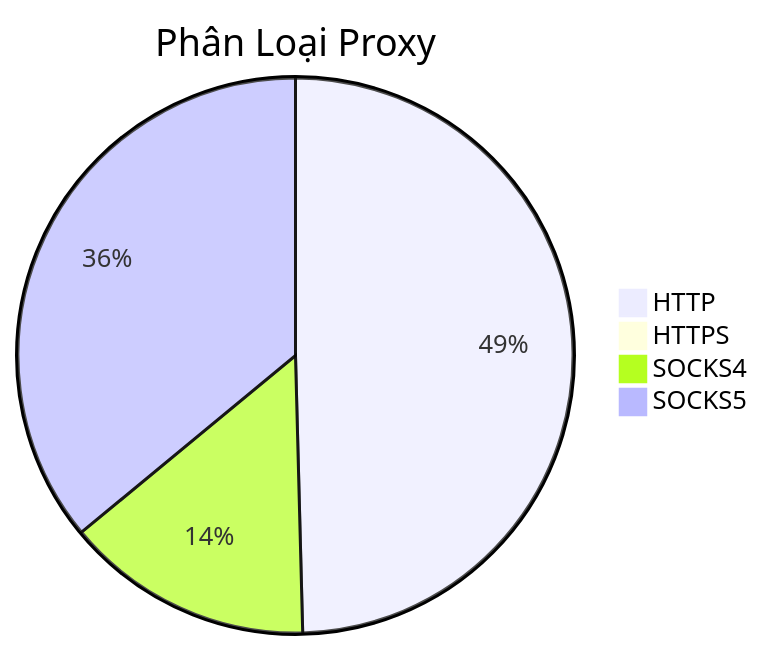
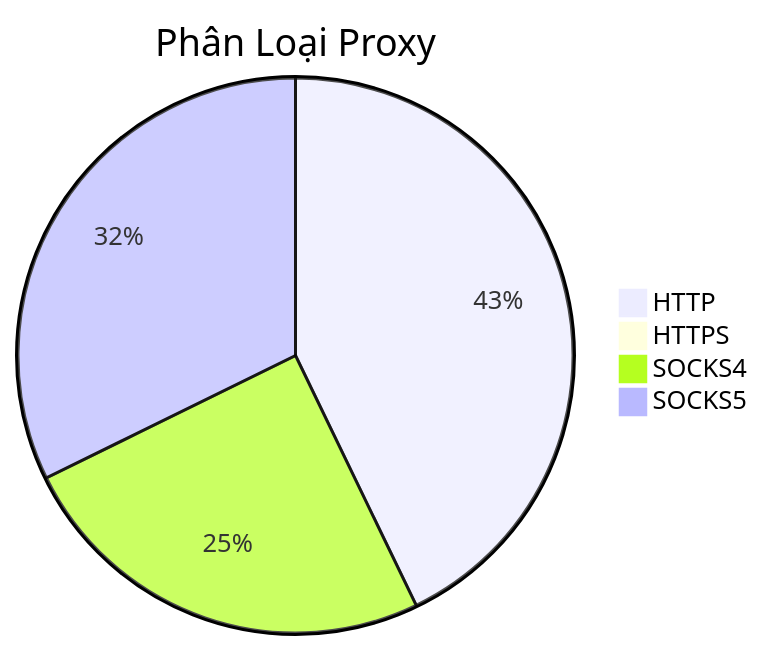
Before and after one commit to Ciara-Aa/PROXY-free: the diagram in README.md, drawn with Mermaid. The commit also changed other lines of this file and 4 other files, not shown here.

````diff
--- a/README.md
+++ b/README.md
@@ -26,7 +26,7 @@
 ```mermaid
 pie title Phân Loại Proxy
-    "HTTP" : 299
-    "HTTPS" : 5
-    "SOCKS4" : 87
-    "SOCKS5" : 217
+    "HTTP" : 308
+    "HTTPS" : 3
+    "SOCKS4" : 179
+    "SOCKS5" : 232
 ```
````
